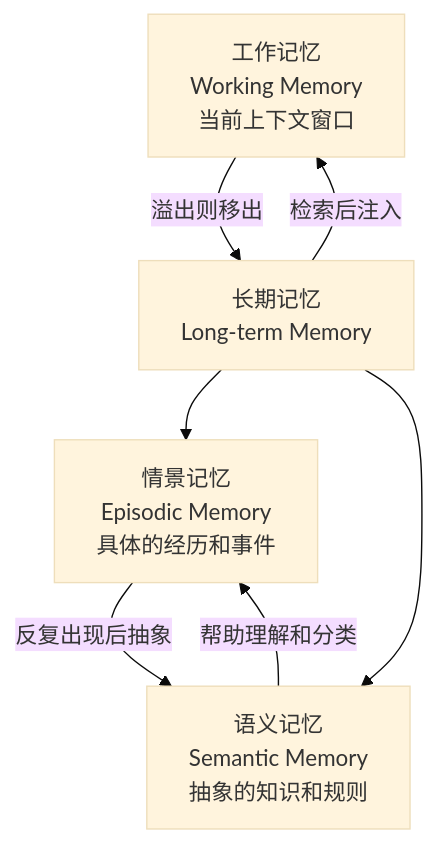
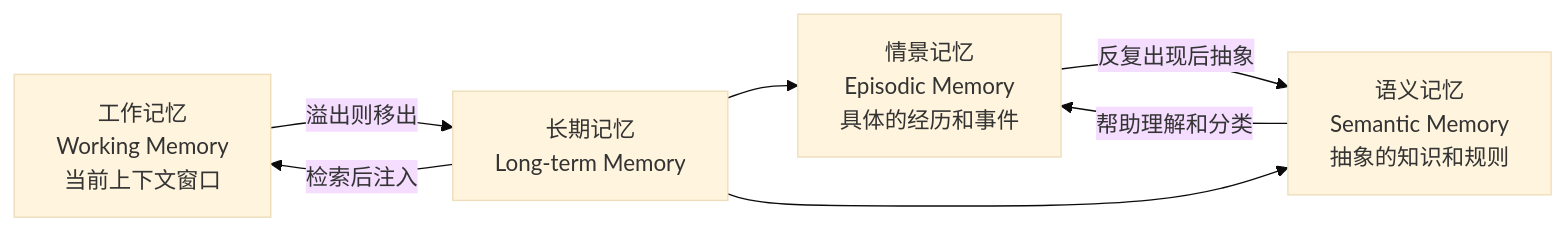
One commit to fenixsoft/dmla changed the first of 3 diagrams in docs/agent-applications/agent-systems/memory-systems.md. Above: the diagram before and after it, drawn with Mermaid (base theme). The commit also changed other lines of this file and 3 other files, not shown here.

````diff
--- a/docs/agent-applications/agent-systems/memory-systems.md
+++ b/docs/agent-applications/agent-systems/memory-systems.md
@@ -45,14 +35,14 @@
-```mermaid
-graph TD
+```mermaid compact
+graph LR
     WM[工作记忆<br/>Working Memory<br/>当前上下文窗口]
     LTM[长期记忆<br/>Long-term Memory]
     EP[情景记忆<br/>Episodic Memory<br/>具体的经历和事件]
     SM[语义记忆<br/>Semantic Memory<br/>抽象的知识和规则]
     
     WM -->|溢出则移出| LTM
     LTM -->|检索后注入| WM
     EP -->|反复出现后抽象| SM
     SM -->|帮助理解和分类| EP
     LTM --> EP
     LTM --> SM
 ```
````
